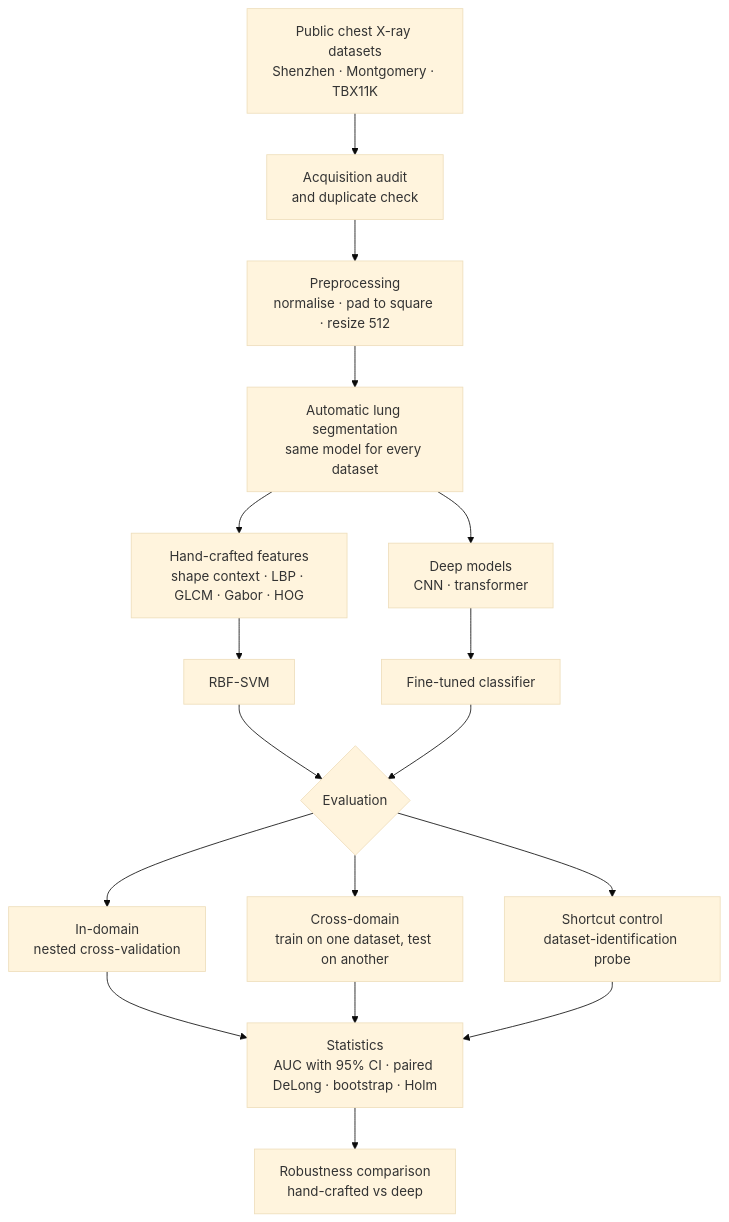
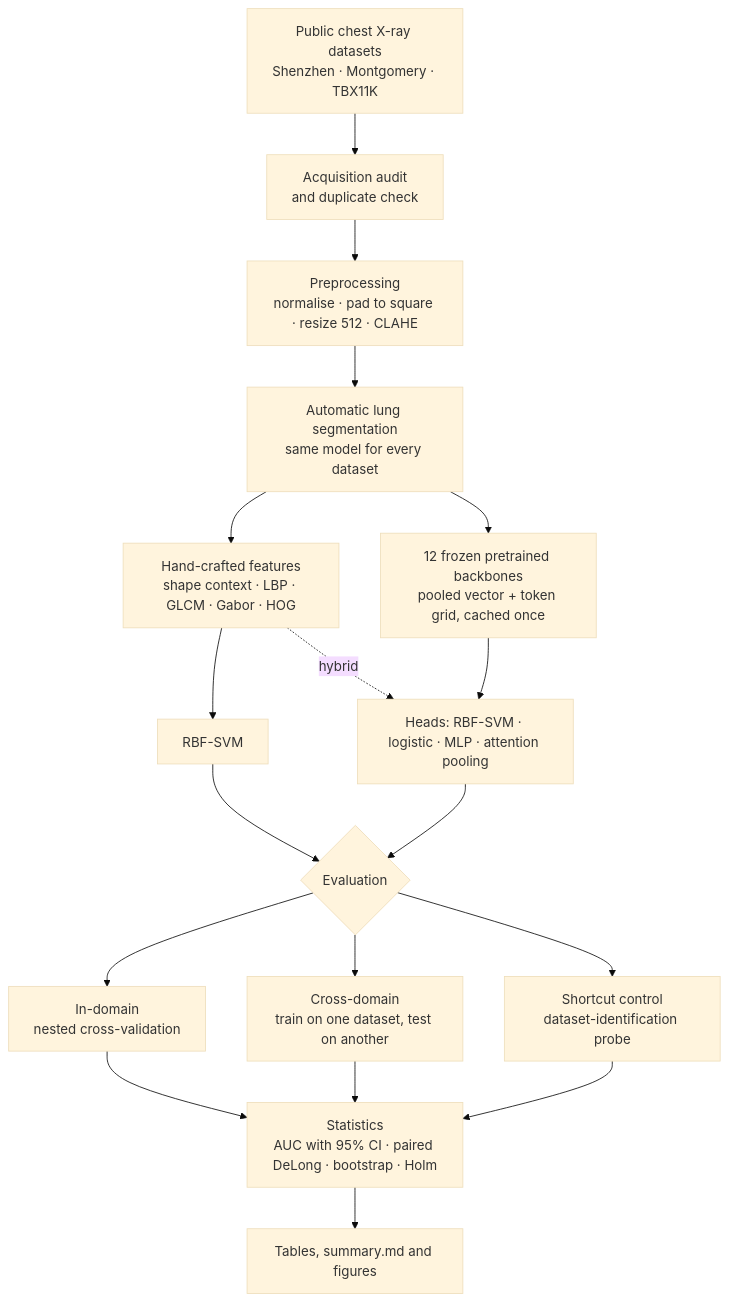
Before and after one commit to Sandeepchataut/ThoraxShift: the diagram in README.md, drawn with Mermaid (base theme). The commit also changed other lines of this file and 24 other files, not shown here.

````diff
--- a/README.md
+++ b/README.md
@@ -24,19 +29,20 @@
 ```mermaid
 flowchart TD
     A[Public chest X-ray datasets<br/>Shenzhen · Montgomery · TBX11K] --> B[Acquisition audit<br/>and duplicate check]
-    B --> C[Preprocessing<br/>normalise · pad to square · resize 512]
+    B --> C[Preprocessing<br/>normalise · pad to square · resize 512 · CLAHE]
     C --> D[Automatic lung segmentation<br/>same model for every dataset]
     D --> E1[Hand-crafted features<br/>shape context · LBP · GLCM · Gabor · HOG]
-    D --> E2[Deep models<br/>CNN · transformer]
+    D --> E2[12 frozen pretrained backbones<br/>pooled vector + token grid, cached once]
     E1 --> F1[RBF-SVM]
-    E2 --> F2[Fine-tuned classifier]
+    E2 --> F2[Heads: RBF-SVM · logistic · MLP · attention pooling]
+    E1 -. hybrid .-> F2
     F1 --> G{Evaluation}
     F2 --> G
     G --> H1[In-domain<br/>nested cross-validation]
     G --> H2[Cross-domain<br/>train on one dataset, test on another]
     G --> H3[Shortcut control<br/>dataset-identification probe]
     H1 --> I[Statistics<br/>AUC with 95% CI · paired DeLong · bootstrap · Holm]
     H2 --> I
     H3 --> I
-    I --> J[Robustness comparison<br/>hand-crafted vs deep]
+    I --> J[Tables, summary.md and figures]
 ```
````
